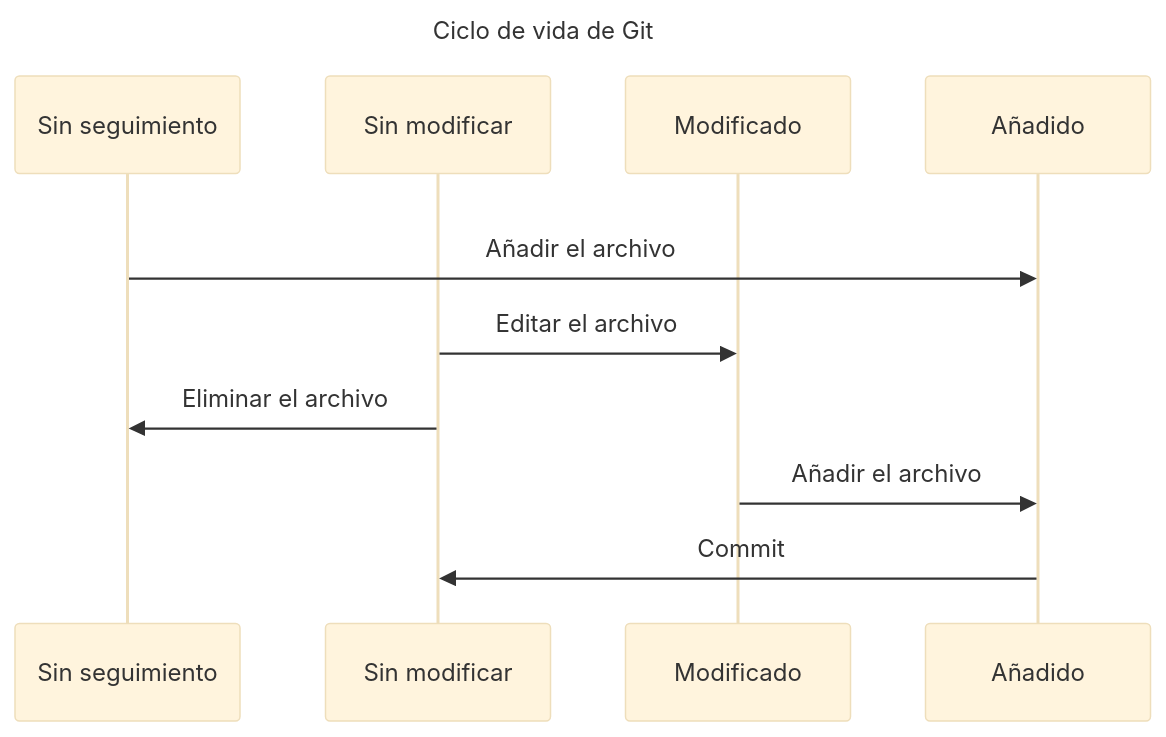
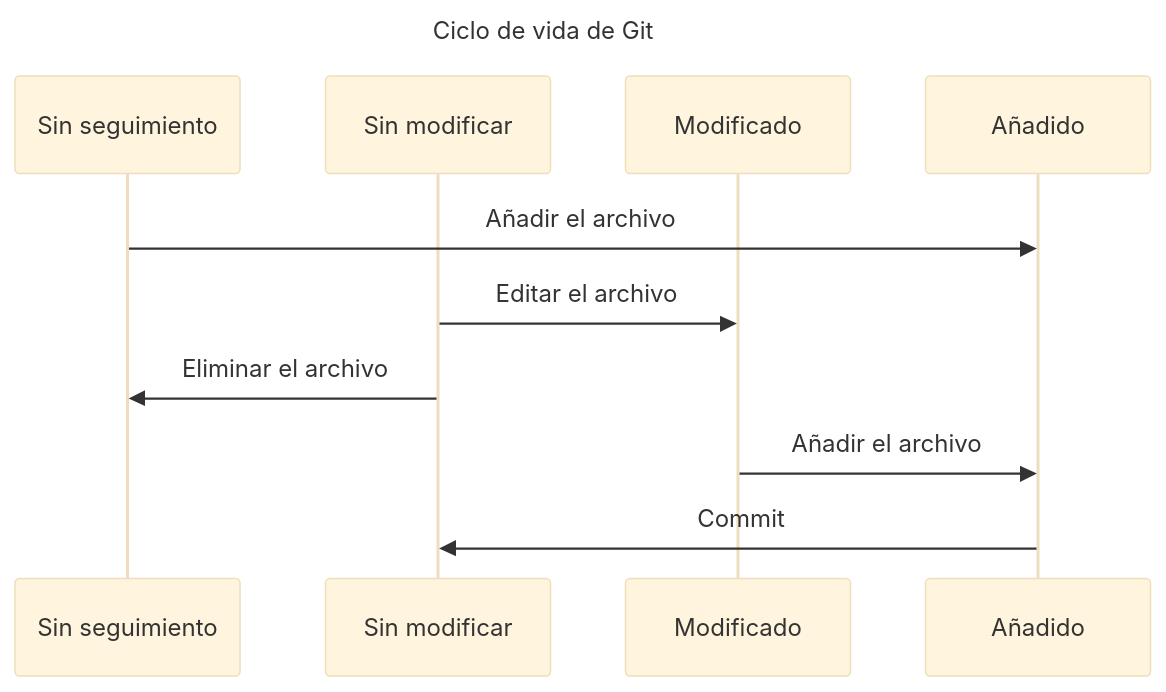
The first of 3 diagrams in content/herramientas/git.md (MagnoElMagnifico/blog), drawn with Mermaid (base theme) before and after one commit. The commit also changed other lines of this file and 1 other file, not shown here.

```diff
--- a/content/herramientas/git.md
+++ b/content/herramientas/git.md
@@ -223,14 +230,13 @@
-{{< mermaid >}}
+{{< mermaid bg-color="white" >}}
 sequenceDiagram title: Ciclo de vida de Git
     participant Sin seguimiento
     participant Sin modificar
     participant Modificado
     participant Añadido
-rect rgb(255, 255, 255)
+
     Sin seguimiento->>Añadido: Añadir el archivo
     Sin modificar->>Modificado: Editar el archivo
     Sin modificar->>Sin seguimiento: Eliminar el archivo
     Modificado->>Añadido: Añadir el archivo
     Añadido->>Sin modificar: Commit
-end
 {{< /mermaid >}}
```
